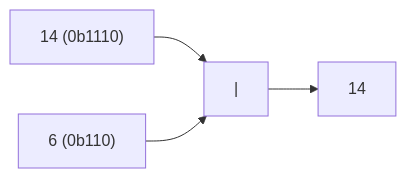
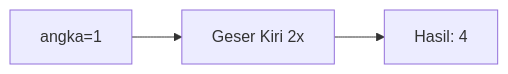
Before and after one commit to amnahwaida/OSNK_INF_PREP: the fifth of 25 diagrams in part-c-pemahaman-cpp/06-bitwise/latihan/set-06.md, drawn with Mermaid. The commit also changed other lines of this file and 71 other files, not shown here.

````diff
--- a/part-c-pemahaman-cpp/06-bitwise/latihan/set-06.md
+++ b/part-c-pemahaman-cpp/06-bitwise/latihan/set-06.md
@@ -127,6 +130,5 @@
 ```mermaid
 graph LR
-A["14 (0b1110)"] --> C["|"]
-B["6 (0b110)"] --> C
-C --> D["14"]
+A["angka=1"] --> B["Geser Kiri 2x"]
+B --> C["Hasil: 4"]
 ```
````
